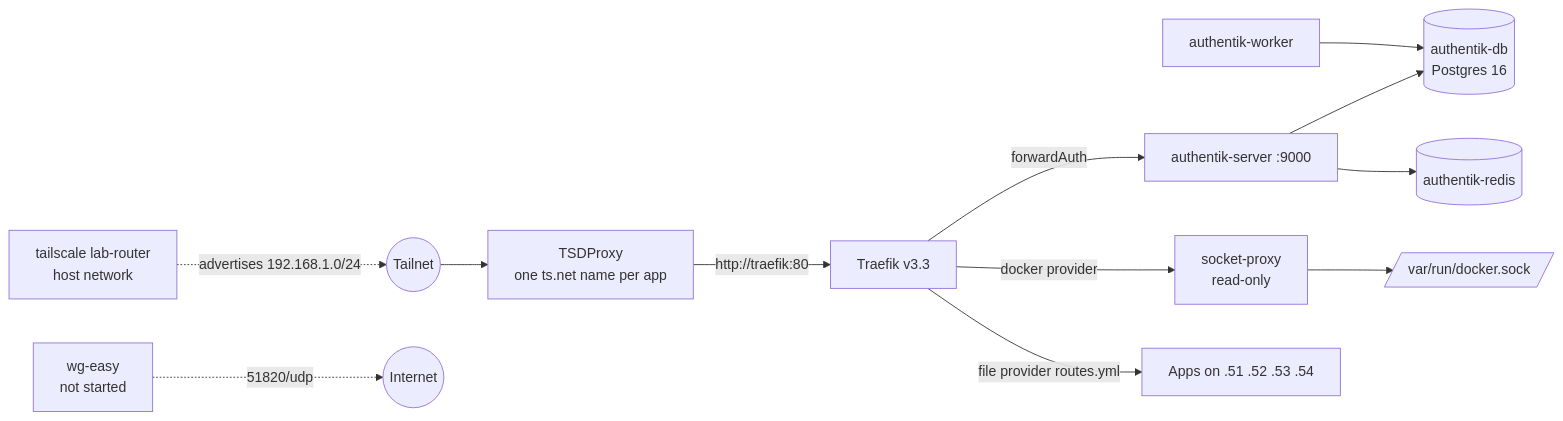
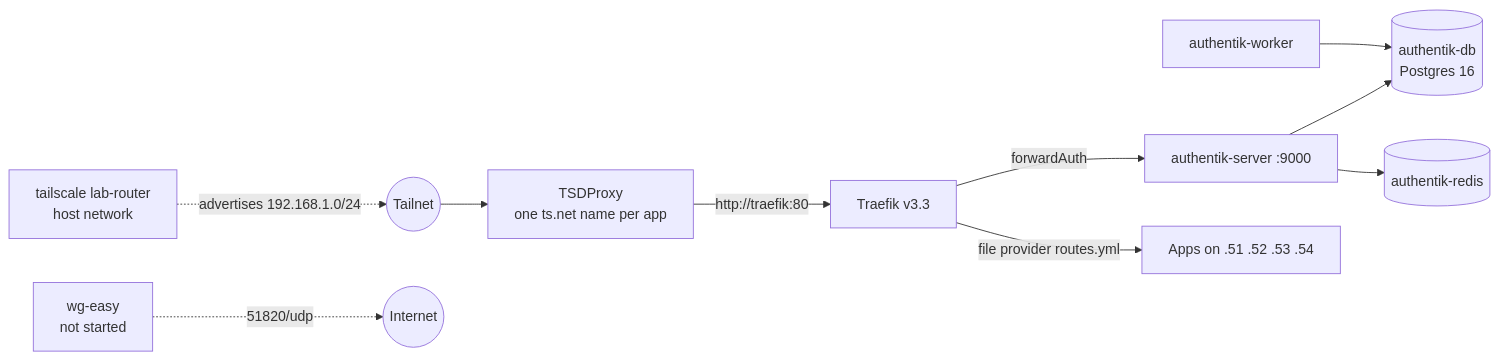
The diagram in docs/wiki/services/edge.md (mikegutberlet/homelab-infra), drawn with Mermaid before and after one commit. The commit also changed other lines of this file and 11 other files, not shown here.

First line of the commit message:
Homepage: every app with live widgets; fix RomM library layout; drop Traefik's unused Docker provider

````diff
--- a/docs/wiki/services/edge.md
+++ b/docs/wiki/services/edge.md
@@ -8,14 +7,12 @@
 ```mermaid
 flowchart LR
     TS((Tailnet)) --> TSD[TSDProxy<br/>one ts.net name per app]
     TSD -- "http://traefik:80" --> TR[Traefik v3.3]
     TR -- forwardAuth --> AKS[authentik-server :9000]
     AKS --> AKDB[(authentik-db<br/>Postgres 16)]
     AKS --> AKR[(authentik-redis)]
     AKW[authentik-worker] --> AKDB
-    TR -- "docker provider" --> SP[socket-proxy<br/>read-only]
-    SP --> DS[/var/run/docker.sock/]
     TR -- "file provider routes.yml" --> APPS["Apps on .51 .52 .53 .54"]
     SR[tailscale lab-router<br/>host network] -. "advertises 192.168.1.0/24" .-> TS
     WG[wg-easy<br/>not started] -. "51820/udp" .-> INET((Internet))
 ```
````
